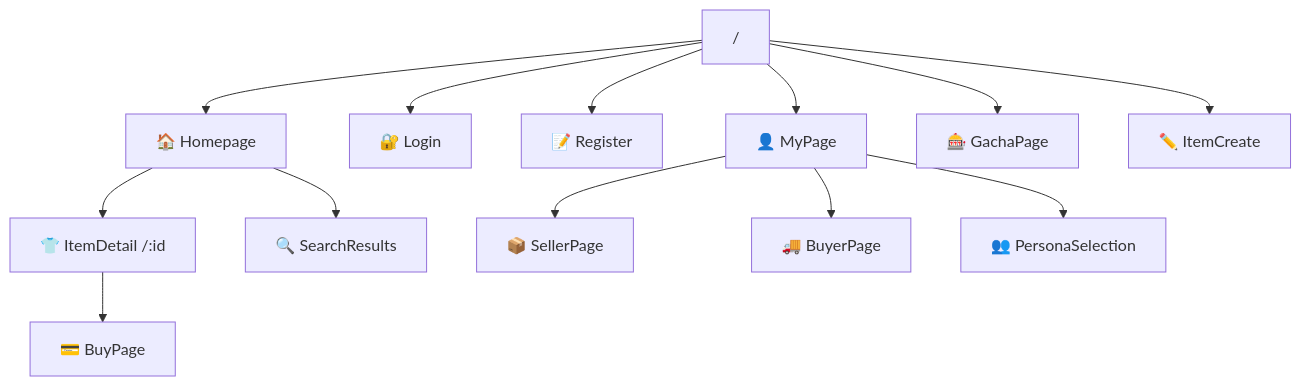
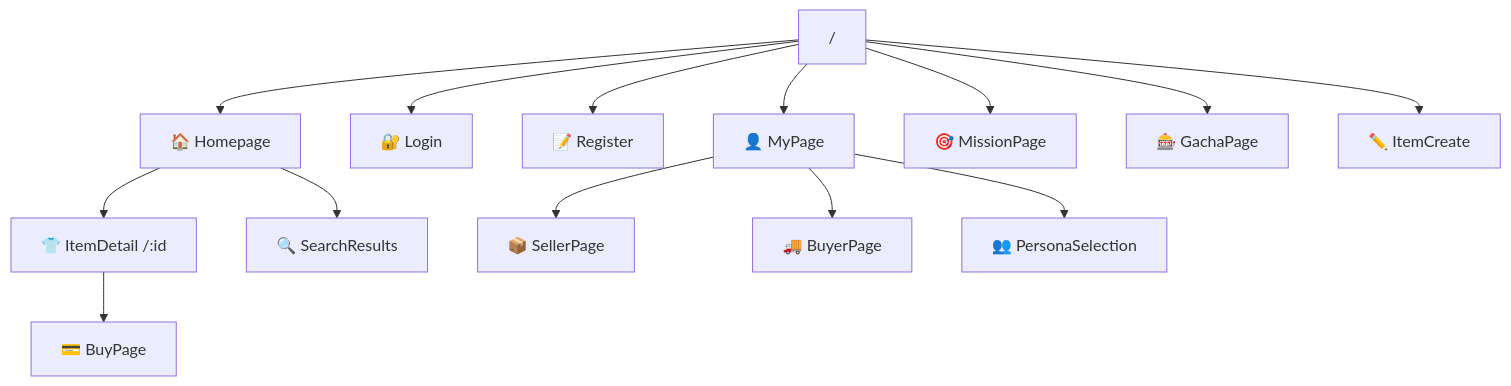
Before and after one commit to ukyo-algo/hackathon-frontend: the second of 13 diagrams in README.md, drawn with Mermaid. The commit also changed other lines of this file and 14 other files, not shown here.

````diff
--- a/README.md
+++ b/README.md
@@ -138,19 +144,20 @@
 ```mermaid
 graph TD
     Root["/"] --> Home[🏠 Homepage]
     Root --> Login[🔐 Login]
     Root --> Register[📝 Register]
     
     Home --> ItemDetail[👕 ItemDetail /:id]
     Home --> Search[🔍 SearchResults]
     
     ItemDetail --> Buy[💳 BuyPage]
     
     Root --> MyPage[👤 MyPage]
     MyPage --> Seller[📦 SellerPage]
     MyPage --> Buyer[🚚 BuyerPage]
     MyPage --> PersonaSelect[👥 PersonaSelection]
     
+    Root --> Mission[🎯 MissionPage]
     Root --> Gacha[🎰 GachaPage]
     Root --> Create[✏️ ItemCreate]
 ```
````
